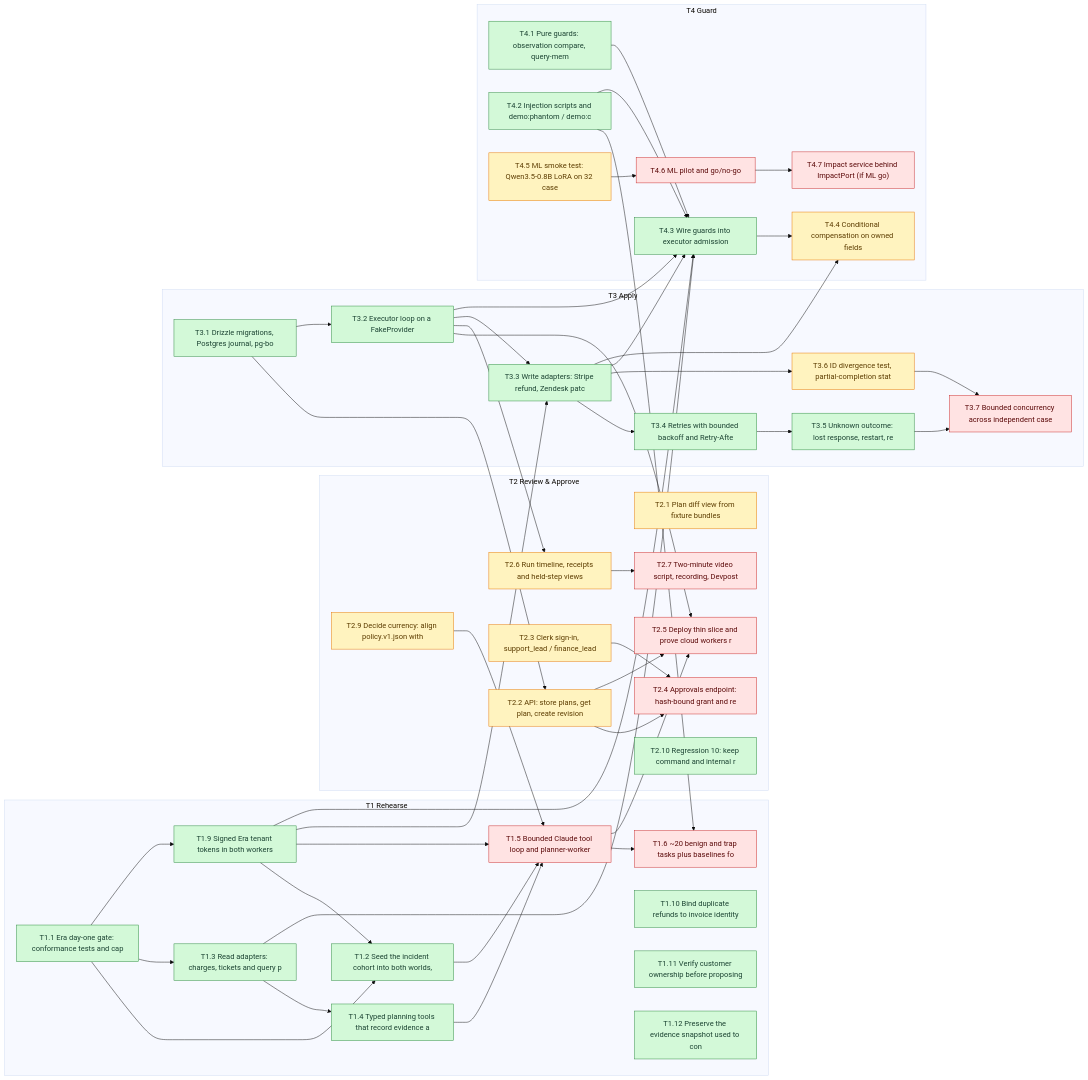
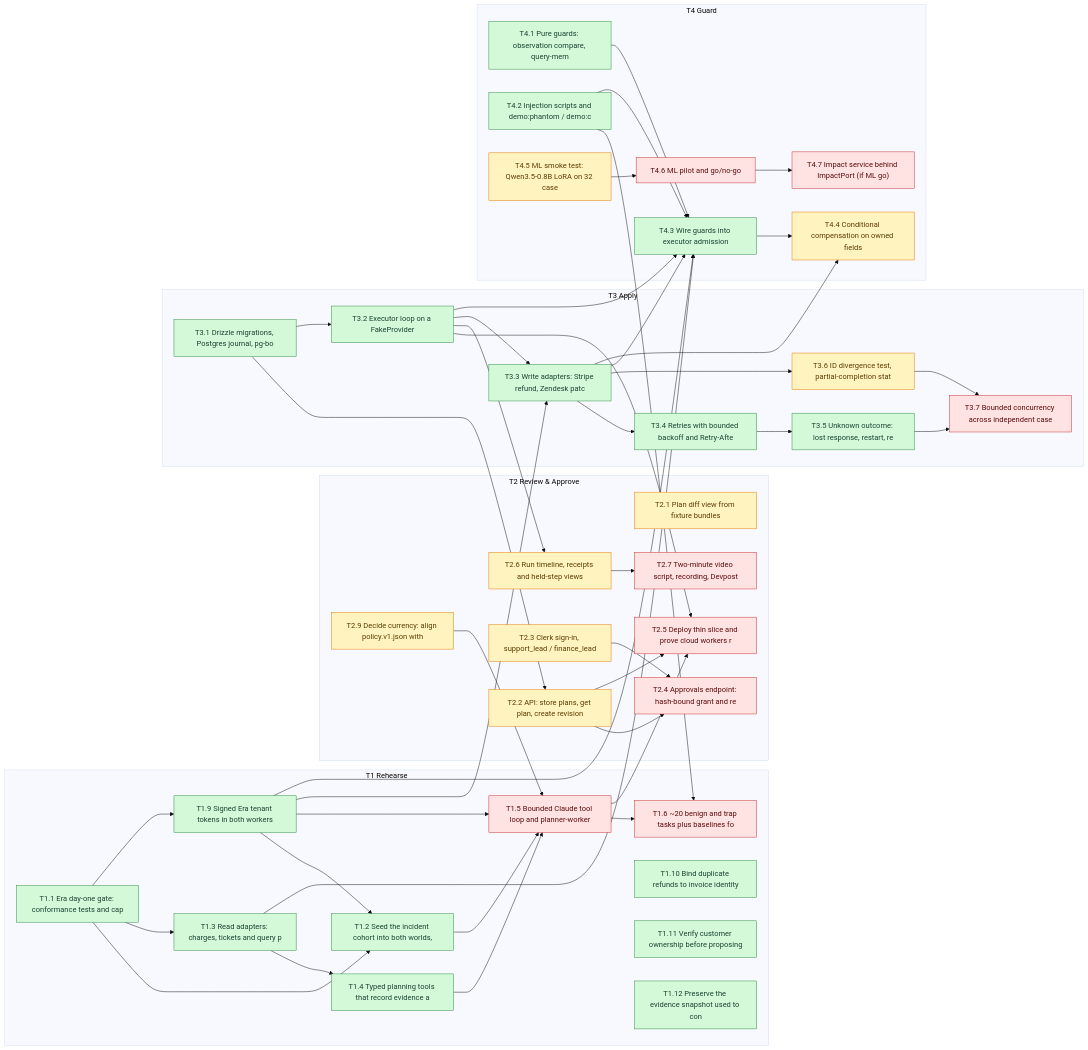
The diagram in BLOCKERS.md (SoroushRF/Rehearsal), drawn with Mermaid (base theme) before and after one commit. The commit also changed other lines of this file, not shown here.

```diff
--- a/BLOCKERS.md
+++ b/BLOCKERS.md
@@ -113,7 +112,6 @@
     T2_6["T2.6 Run timeline, receipts and held-step views "]:::ready
     T2_7["T2.7 Two-minute video script, recording, Devpost"]:::blocked
     T2_9["T2.9 Decide currency: align policy.v1.json with "]:::ready
-    T2_10["T2.10 Regression 10: keep command and internal r"]:::done
   end
   subgraph T3[T3 Apply]
     T3_1["T3.1 Drizzle migrations, Postgres journal, pg-bo"]:::done
```
